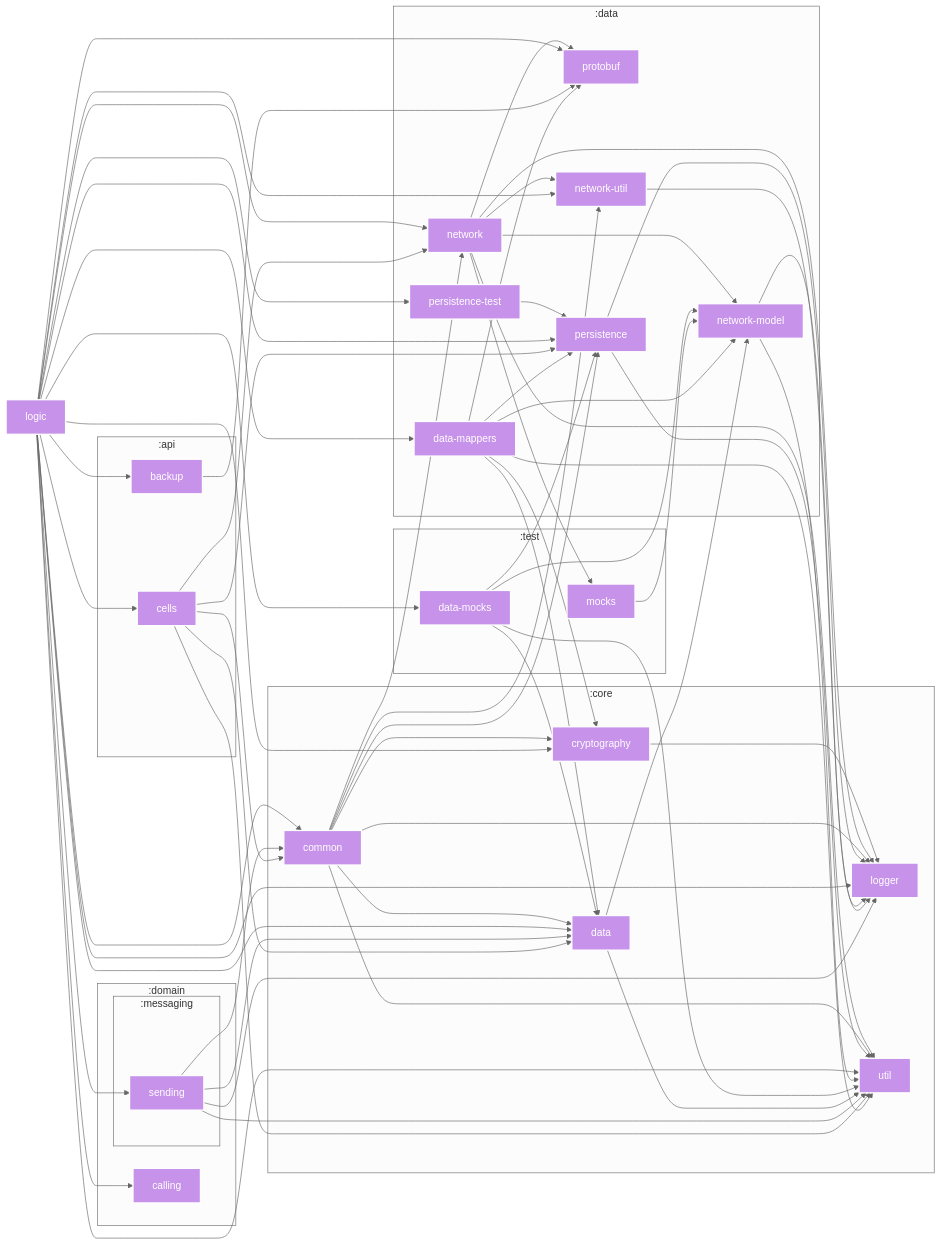
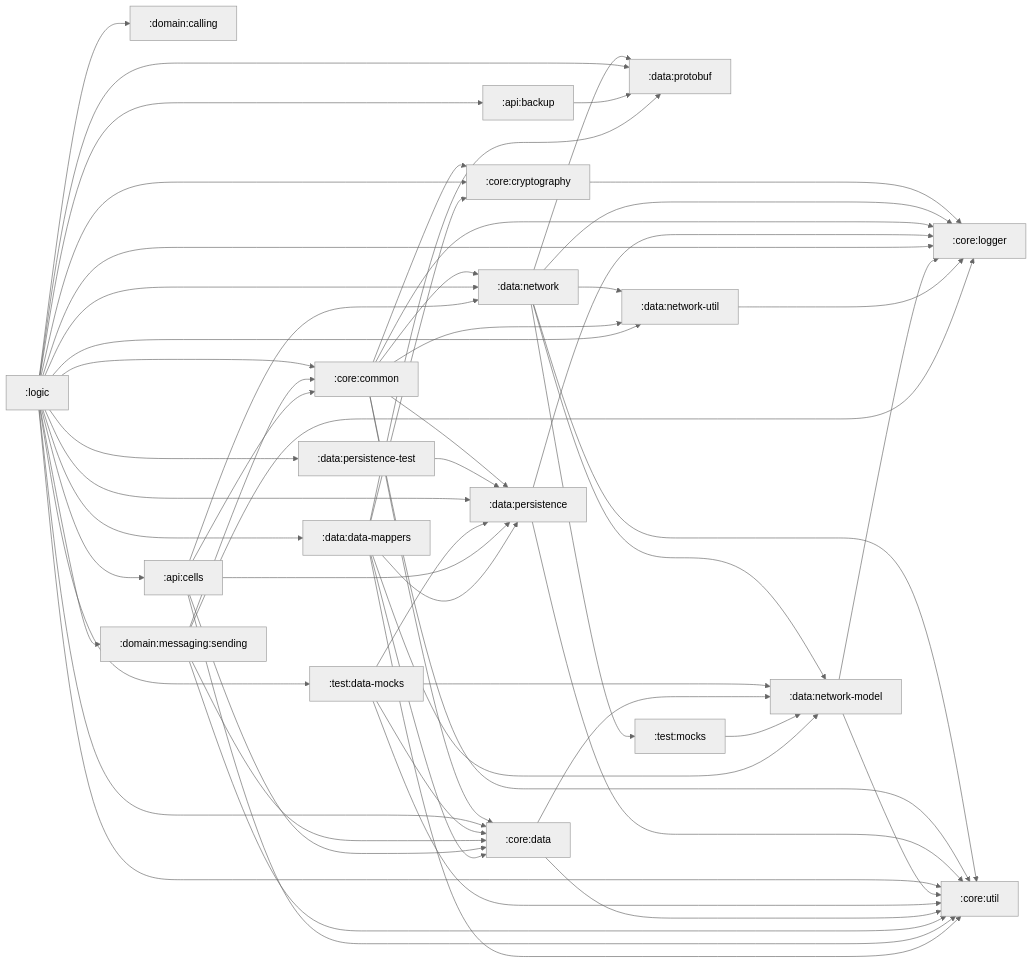
One commit to wireapp/kalium changed the diagram in README.md. Above: the diagram before and after it, drawn with Mermaid. The commit also changed 1 other file, not shown here.

Commit message:
refactor: dependency graph updated

````diff
--- a/README.md
+++ b/README.md
@@ -134,61 +134,6 @@
 }%%
 
 graph LR
-  :logic["logic"]
-  subgraph :core
-    :core:cryptography["cryptography"]
-    :core:logger["logger"]
-    :core:util["util"]
-    :core:common["common"]
-    :core:data["data"]
-    :core:cryptography["cryptography"]
-    :core:common["common"]
-    :core:data["data"]
-    :core:logger["logger"]
-    :core:cryptography["cryptography"]
-    :core:util["util"]
-    :core:data["data"]
-    :core:common["common"]
-  end
-  subgraph :data
-    :data:network["network"]
-    :data:network-model["network-model"]
-    :data:protobuf["protobuf"]
-    :data:network-util["network-util"]
-    :data:persistence["persistence"]
-    :data:network["network"]
-    :data:persistence["persistence"]
-    :data:persistence-test["persistence-test"]
-    :data:network-util["network-util"]
-    :data:network["network"]
-    :data:data-mappers["data-mappers"]
-    :data:persistence["persistence"]
-    :data:protobuf["protobuf"]
-    :data:persistence-test["persistence-test"]
-    :data:network-model["network-model"]
-    :data:network-util["network-util"]
-    :data:data-mappers["data-mappers"]
-  end
-  subgraph :test
-    :test:mocks["mocks"]
-    :test:data-mocks["data-mocks"]
-    :test:data-mocks["data-mocks"]
-    :test:mocks["mocks"]
-  end
-  subgraph :domain
-    :domain:calling["calling"]
-    subgraph :messaging
-      :domain:messaging:sending["sending"]
-      :domain:messaging:sending["sending"]
-    end
-  end
-  subgraph :api
-    :api:cells["cells"]
-    :api:backup["backup"]
-    :api:backup["backup"]
-    :api:cells["cells"]
-  end
-
   :core:cryptography --> :core:logger
   :data:network --> :data:network-model
   :data:network --> :core:logger
@@ -248,26 +193,4 @@
   :data:data-mappers --> :core:cryptography
   :data:data-mappers --> :data:network-model
   :data:data-mappers --> :core:util
-
-classDef kotlin-multiplatform fill:#C792EA,stroke:#fff,stroke-width:2px,color:#fff;
-class :core:cryptography kotlin-multiplatform
-class :core:logger kotlin-multiplatform
-class :data:network kotlin-multiplatform
-class :data:network-model kotlin-multiplatform
-class :data:protobuf kotlin-multiplatform
-class :core:util kotlin-multiplatform
-class :data:network-util kotlin-multiplatform
-class :test:mocks kotlin-multiplatform
-class :core:common kotlin-multiplatform
-class :core:data kotlin-multiplatform
-class :data:persistence kotlin-multiplatform
-class :data:persistence-test kotlin-multiplatform
-class :logic kotlin-multiplatform
-class :domain:calling kotlin-multiplatform
-class :data:data-mappers kotlin-multiplatform
-class :api:cells kotlin-multiplatform
-class :api:backup kotlin-multiplatform
-class :domain:messaging:sending kotlin-multiplatform
-class :test:data-mocks kotlin-multiplatform
-
 ```
````
